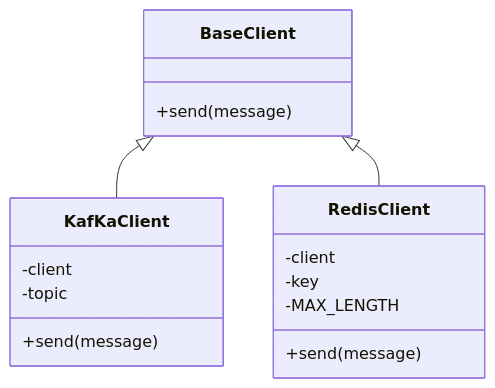
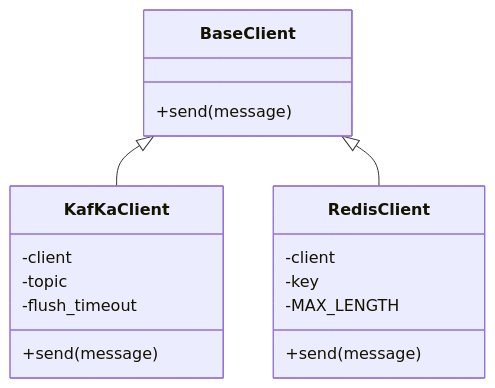
The fourth of 6 diagrams in wiki/告警系统设计/通知渠道管理/通知队列管理.md (HACK-WU/bk-monitor-wiki), drawn with Mermaid before and after one commit. The commit also changed other lines of this file and 70 other files, not shown here.

````diff
--- a/wiki/告警系统设计/通知渠道管理/通知队列管理.md
+++ b/wiki/告警系统设计/通知渠道管理/通知队列管理.md
@@ -158,19 +168,20 @@
 ```mermaid
 classDiagram
 class BaseClient {
 +send(message)
 }
 class KafKaClient {
 -client
 -topic
+-flush_timeout
 +send(message)
 }
 class RedisClient {
 -client
 -key
 -MAX_LENGTH
 +send(message)
 }
 BaseClient <|-- KafKaClient
 BaseClient <|-- RedisClient
 ```
````
